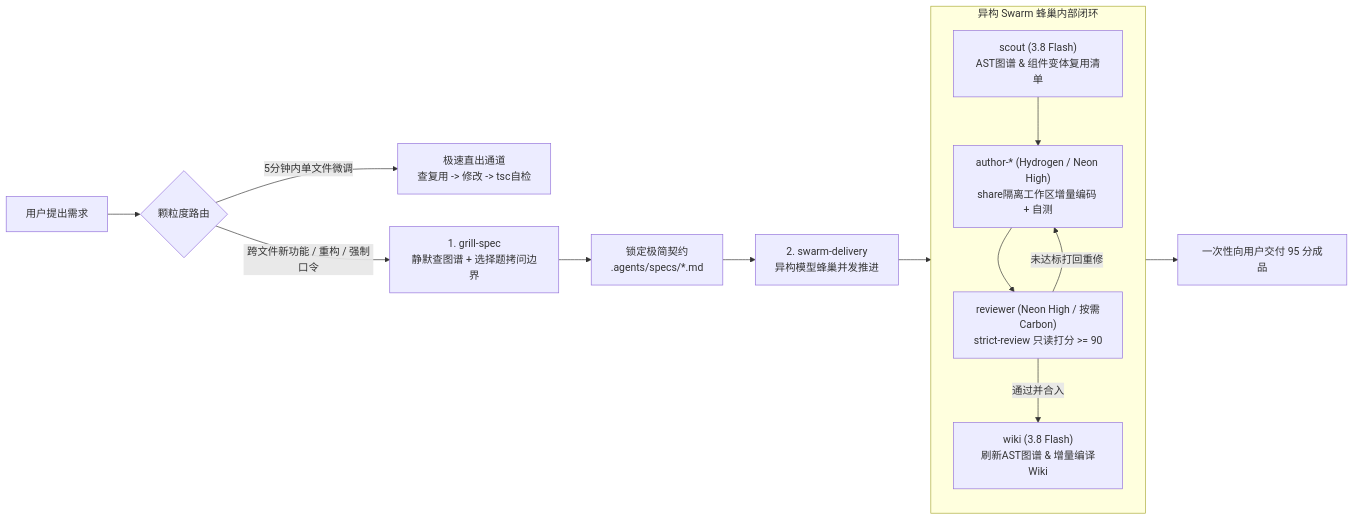
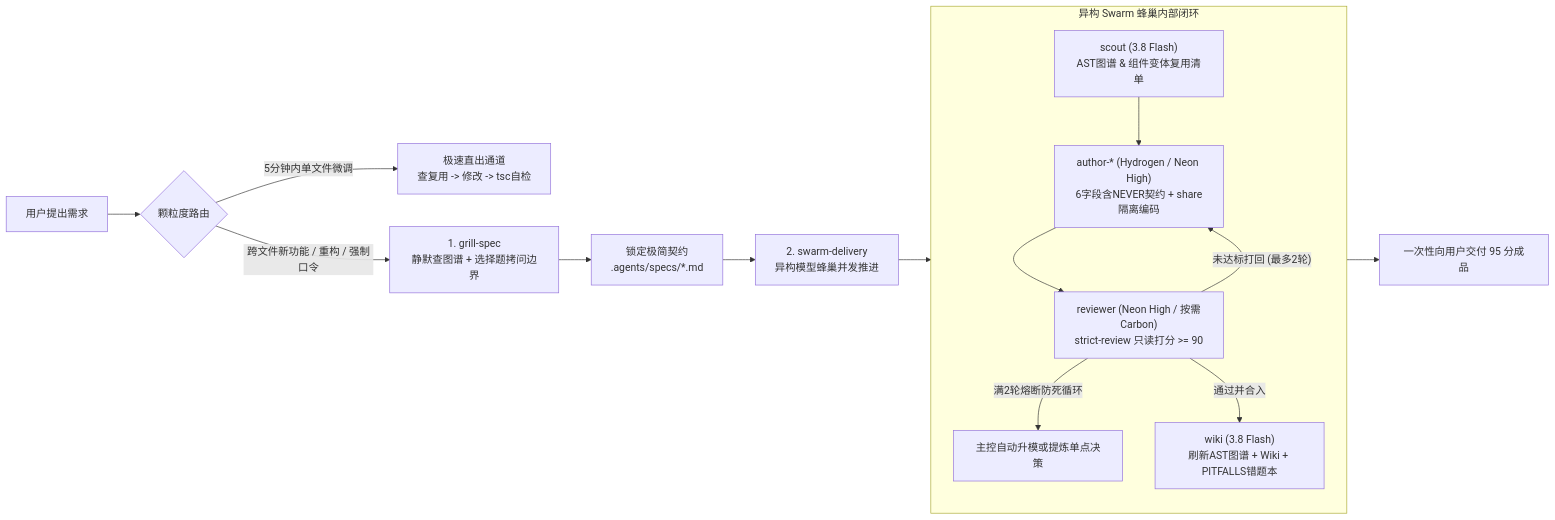
The diagram in README.zh-CN.md (MICAHFANG/agy-swarm-forge), drawn with Mermaid before and after one commit. The commit also changed other lines of this file and 8 other files, not shown here.

````diff
--- a/README.zh-CN.md
+++ b/README.zh-CN.md
@@ -27,16 +27,17 @@
 ```mermaid
 flowchart LR
   A["用户提出需求"] --> B{"颗粒度路由"}
   B -->|"5分钟内单文件微调"| C["极速直出通道\n查复用 -> 修改 -> tsc自检"]
   B -->|"跨文件新功能 / 重构 / 强制口令"| D["1. grill-spec\n静默查图谱 + 选择题拷问边界"]
   D --> E["锁定极简契约\n.agents/specs/*.md"]
   E --> F["2. swarm-delivery\n异构模型蜂巢并发推进"]
   subgraph Swarm["异构 Swarm 蜂巢内部闭环"]
-    S1["scout (3.8 Flash)\nAST图谱 & 组件变体复用清单"] --> S2["author-* (Hydrogen / Neon High)\nshare隔离工作区增量编码 + 自测"]
+    S1["scout (3.8 Flash)\nAST图谱 & 组件变体复用清单"] --> S2["author-* (Hydrogen / Neon High)\n6字段含NEVER契约 + share隔离编码"]
     S2 --> S3["reviewer (Neon High / 按需Carbon)\nstrict-review 只读打分 >= 90"]
-    S3 -->|"未达标打回重修"| S2
-    S3 -->|"通过并合入"| S4["wiki (3.8 Flash)\n刷新AST图谱 & 增量编译Wiki"]
+    S3 -->|"未达标打回 (最多2轮)"| S2
+    S3 -->|"满2轮熔断防死循环"| H["主控自动升模或提炼单点决策"]
+    S3 -->|"通过并合入"| S4["wiki (3.8 Flash)\n刷新AST图谱 + Wiki + PITFALLS错题本"]
   end
   F --> Swarm
   Swarm --> G["一次性向用户交付 95 分成品"]
 ```
````
